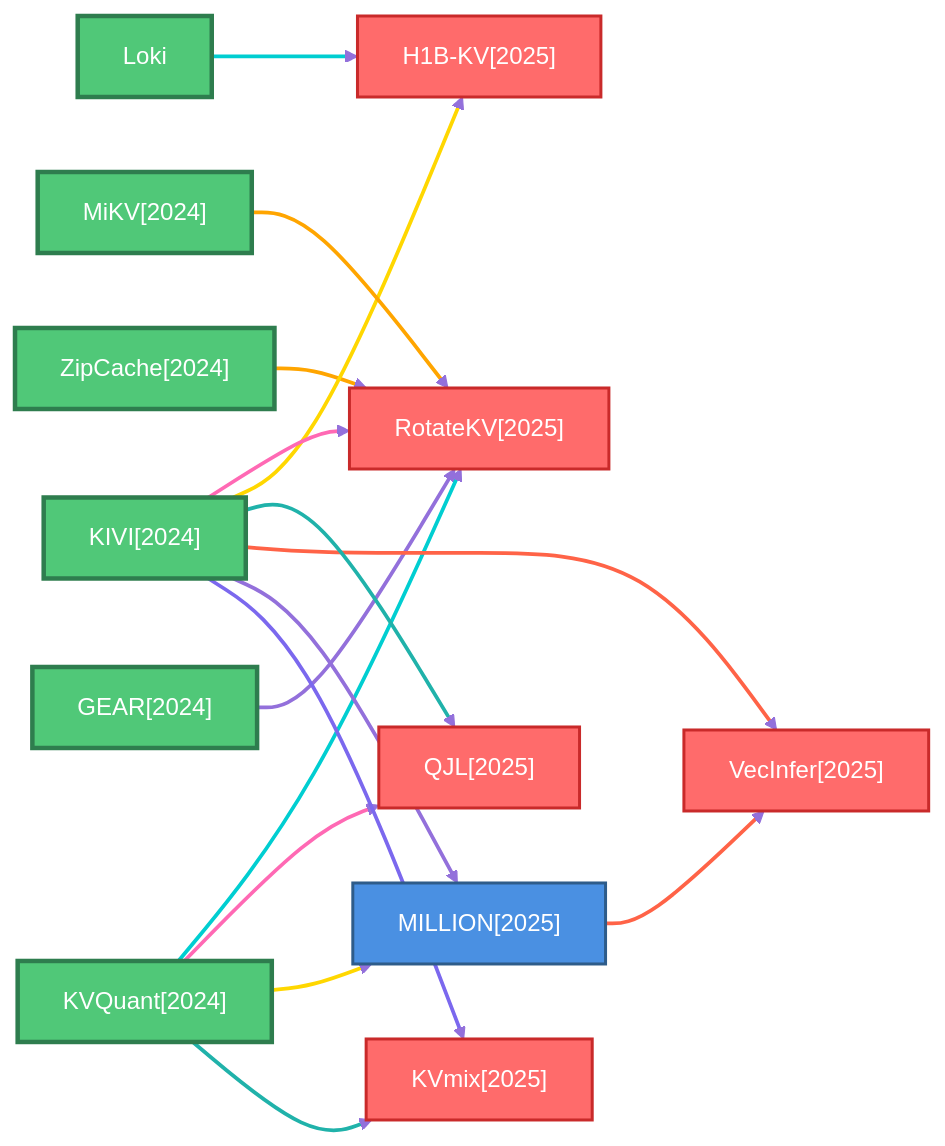
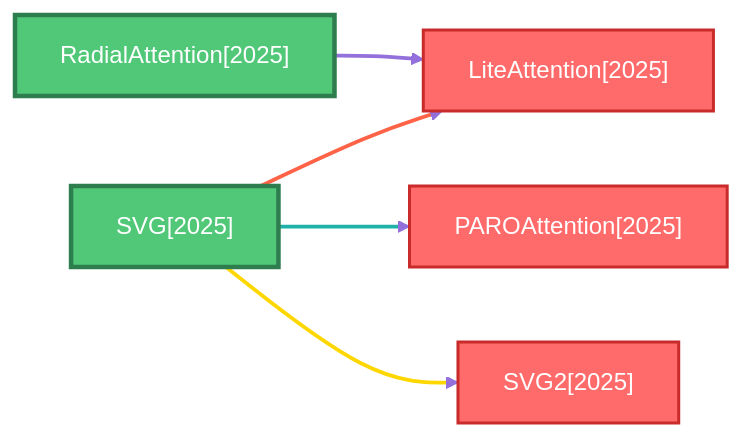
One commit to hustzxd/EfficientPaper changed the fifth of 6 diagrams in docs/baseline_methods_graph.md. Above: the diagram before and after it, drawn with Mermaid. The commit also changed 31 other files, not shown here.

````diff
--- a/docs/baseline_methods_graph.md
+++ b/docs/baseline_methods_graph.md
@@ -243,63 +307,27 @@
 ```mermaid
 flowchart LR
     classDef defaultNode fill:#4A90E2,stroke:#2E5C8A,stroke-width:2px,color:#fff
     classDef rootNode fill:#50C878,stroke:#2E7D4E,stroke-width:3px,color:#fff
     classDef leafNode fill:#FF6B6B,stroke:#C92A2A,stroke-width:2px,color:#fff
     linkStyle default stroke:#9370DB,stroke-width:2px
 
-    2024_GEAR["GEAR[2024]"]
-    class 2024_GEAR rootNode
-    2025_MILLION["MILLION[2025]"]
-    class 2025_MILLION defaultNode
-    2025_H1B_KV["H1B-KV[2025]"]
-    class 2025_H1B_KV leafNode
-    2024_KVQuant["KVQuant[2024]"]
-    class 2024_KVQuant rootNode
-    2024_ZipCache["ZipCache[2024]"]
-    class 2024_ZipCache rootNode
-    2025_RotateKV["RotateKV[2025]"]
-    class 2025_RotateKV leafNode
-    2024_KIVI["KIVI[2024]"]
-    class 2024_KIVI rootNode
-    2025_QJL["QJL[2025]"]
-    class 2025_QJL leafNode
-    2025_VecInfer["VecInfer[2025]"]
-    class 2025_VecInfer leafNode
-    2025_KVmix["KVmix[2025]"]
-    class 2025_KVmix leafNode
-    Loki["Loki"]
-    class Loki rootNode
-    2024_MiKV["MiKV[2024]"]
-    class 2024_MiKV rootNode
+    2025_LiteAttention["LiteAttention[2025]"]
+    class 2025_LiteAttention leafNode
+    2025_PAROAttention["PAROAttention[2025]"]
+    class 2025_PAROAttention leafNode
+    2025_RadialAttention["RadialAttention[2025]"]
+    class 2025_RadialAttention rootNode
+    2025_SVG["SVG[2025]"]
+    class 2025_SVG rootNode
+    2025_SVG2["SVG2[2025]"]
+    class 2025_SVG2 leafNode
 
-    2024_GEAR ==>|" "| 2025_RotateKV
+    2025_RadialAttention ==>|" "| 2025_LiteAttention
     linkStyle 0 stroke:#9370DB,stroke-width:2.5px
-    2025_MILLION ==>|" "| 2025_VecInfer
+    2025_SVG ==>|" "| 2025_LiteAttention
     linkStyle 1 stroke:#FF6347,stroke-width:2.5px
-    2024_KVQuant ==>|" "| 2025_KVmix
+    2025_SVG ==>|" "| 2025_PAROAttention
     linkStyle 2 stroke:#20B2AA,stroke-width:2.5px
-    2024_KVQuant ==>|" "| 2025_MILLION
+    2025_SVG ==>|" "| 2025_SVG2
     linkStyle 3 stroke:#FFD700,stroke-width:2.5px
-    2024_KVQuant ==>|" "| 2025_QJL
-    linkStyle 4 stroke:#FF69B4,stroke-width:2.5px
-    2024_KVQuant ==>|" "| 2025_RotateKV
-    linkStyle 5 stroke:#00CED1,stroke-width:2.5px
-    2024_ZipCache ==>|" "| 2025_RotateKV
-    linkStyle 6 stroke:#FFA500,stroke-width:2.5px
-    2024_KIVI ==>|" "| 2025_KVmix
-    linkStyle 7 stroke:#7B68EE,stroke-width:2.5px
-    2024_KIVI ==>|" "| 2025_MILLION
-    linkStyle 8 stroke:#9370DB,stroke-width:2.5px
-    2024_KIVI ==>|" "| 2025_VecInfer
-    linkStyle 9 stroke:#FF6347,stroke-width:2.5px
-    2024_KIVI ==>|" "| 2025_QJL
-    linkStyle 10 stroke:#20B2AA,stroke-width:2.5px
-    2024_KIVI ==>|" "| 2025_H1B_KV
-    linkStyle 11 stroke:#FFD700,stroke-width:2.5px
-    2024_KIVI ==>|" "| 2025_RotateKV
-    linkStyle 12 stroke:#FF69B4,stroke-width:2.5px
-    Loki ==>|" "| 2025_H1B_KV
-    linkStyle 13 stroke:#00CED1,stroke-width:2.5px
-    2024_MiKV ==>|" "| 2025_RotateKV
-    linkStyle 14 stroke:#FFA500,stroke-width:2.5px
 ```
````
